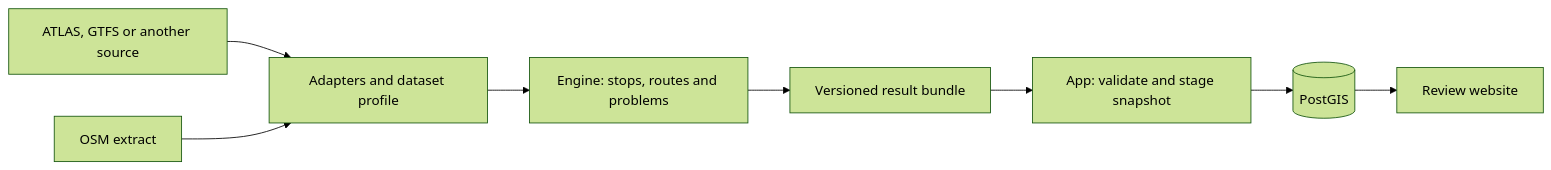
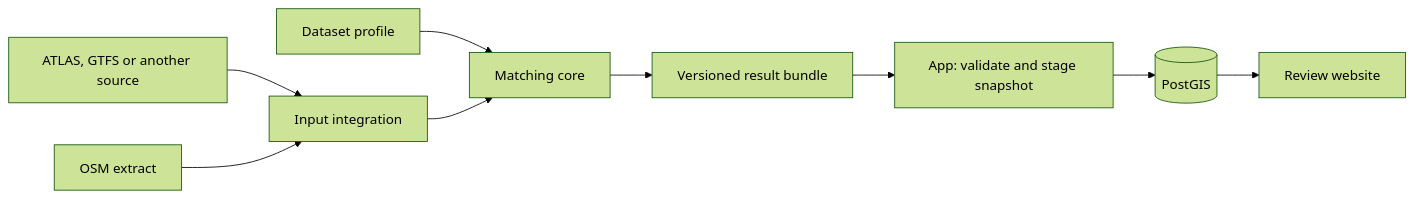
The second of 2 diagrams in documentation/0. Intro.md (openTdataCH/stop_sync_osm_atlas), drawn with Mermaid (forest theme) before and after one commit. The commit also changed other lines of this file and 38 other files, not shown here.

````diff
--- a/documentation/0. Intro.md
+++ b/documentation/0. Intro.md
@@ -59,10 +59,11 @@
 ```mermaid
 flowchart LR
-    A["ATLAS, GTFS or another source"] --> B["Adapters and dataset profile"]
+    A["ATLAS, GTFS or another source"] --> B["Input integration"]
     O["OSM extract"] --> B
-    B --> E["Engine: stops, routes and problems"]
+    P["Dataset profile"] --> E["Matching core"]
+    B --> E
     E --> R["Versioned result bundle"]
     R --> I["App: validate and stage snapshot"]
     I --> D[("PostGIS")]
     D --> W["Review website"]
 ```
````
